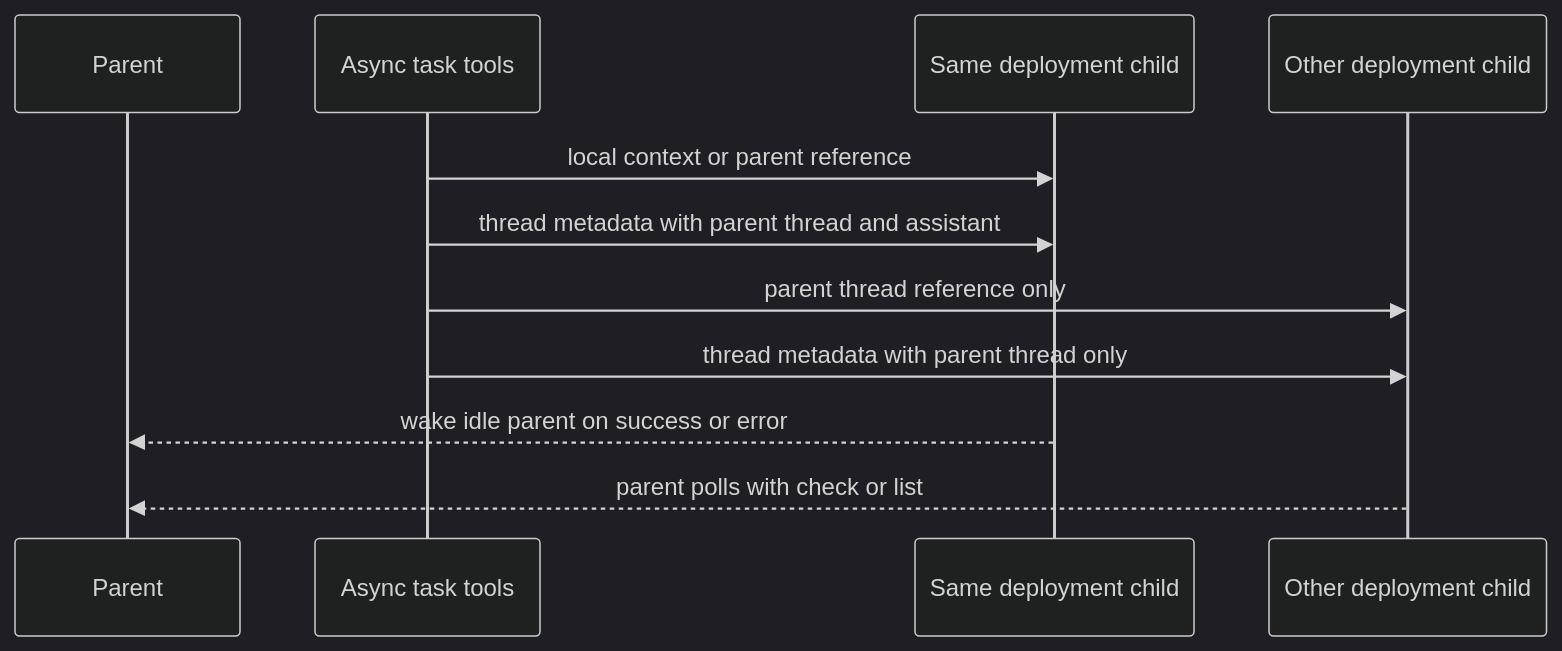
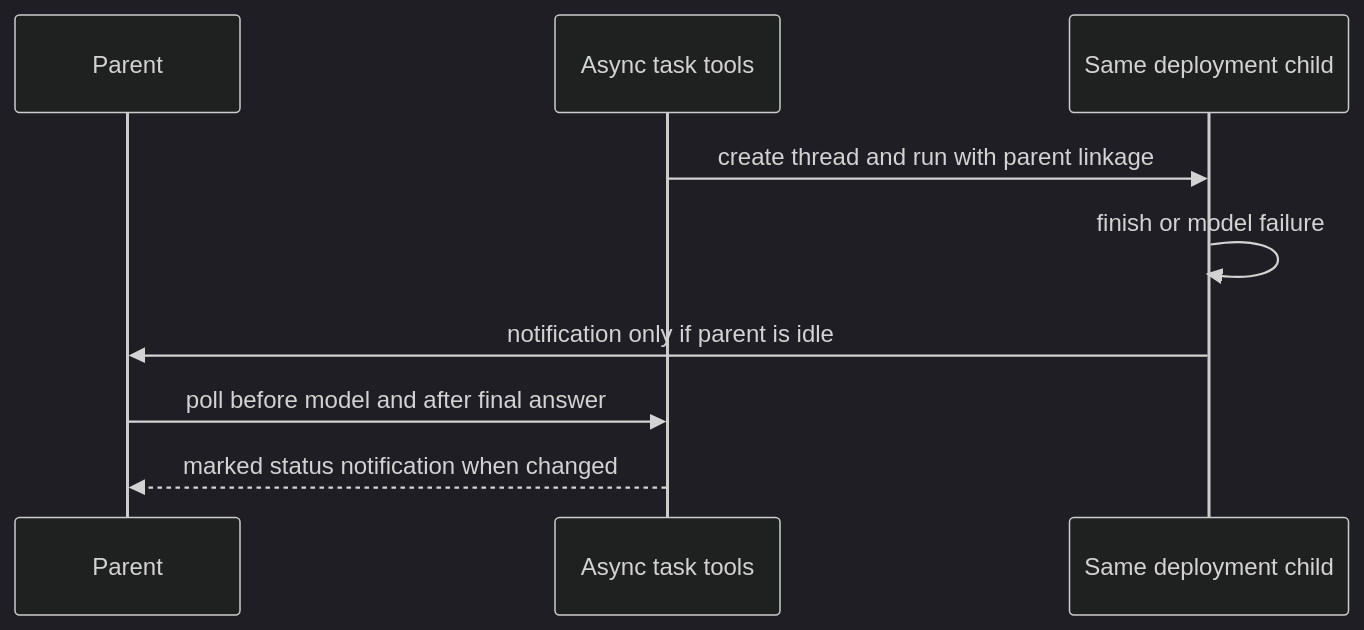
Before and after one commit to langchain-ai/deepagents: the third of 4 diagrams in openwiki/concepts/subagents-skills.md, drawn with Mermaid (dark theme). The commit also changed other lines of this file and 37 other files, not shown here.

````diff
--- a/openwiki/concepts/subagents-skills.md
+++ b/openwiki/concepts/subagents-skills.md
@@ -97,13 +112,11 @@
 ```mermaid
 sequenceDiagram
     participant Parent
-    participant Tools as Async task tools
-    participant Local as Same deployment child
-    participant Cross as Other deployment child
-    Tools->>Local: local context or parent reference
-    Tools->>Local: thread metadata with parent thread and assistant
-    Tools->>Cross: parent thread reference only
-    Tools->>Cross: thread metadata with parent thread only
-    Local-->>Parent: wake idle parent on success or error
-    Cross-->>Parent: parent polls with check or list
+    participant AsyncTools as Async task tools
+    participant Child as Same deployment child
+    AsyncTools->>Child: create thread and run with parent linkage
+    Child->>Child: finish or model failure
+    Child->>Parent: notification only if parent is idle
+    Parent->>AsyncTools: poll before model and after final answer
+    AsyncTools-->>Parent: marked status notification when changed
 ```
````
